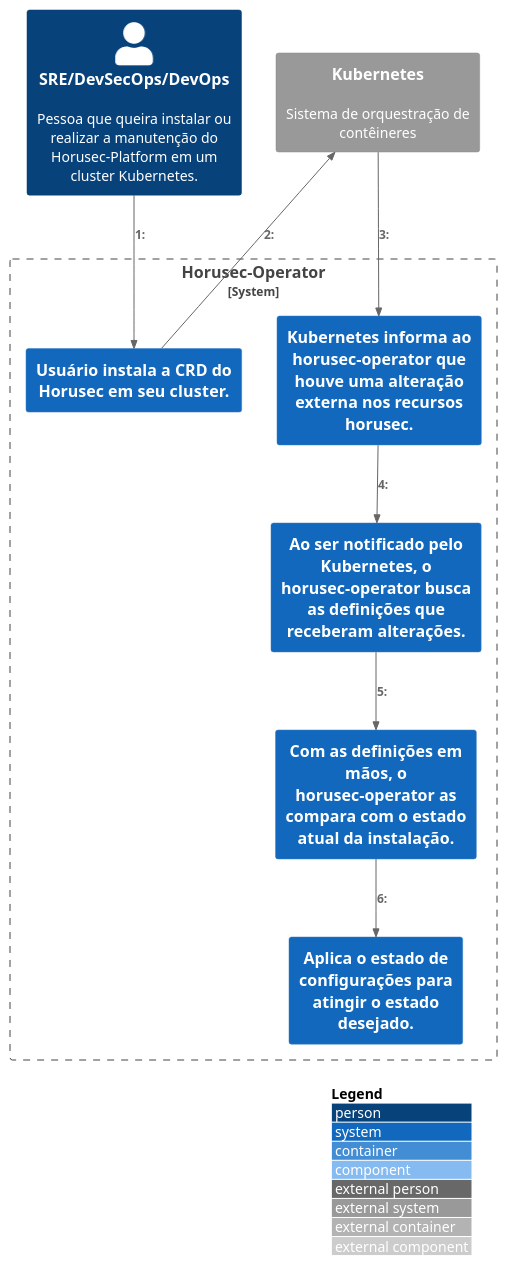
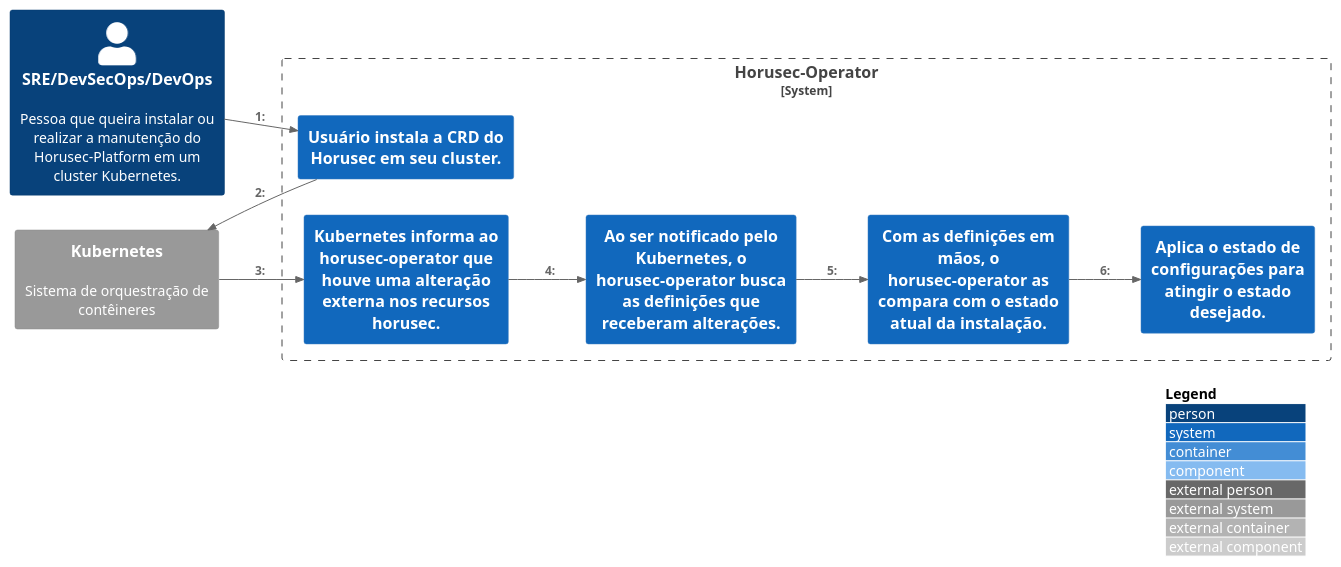
Before and after one commit to ZupIT/horusec-c4model: the diagram in src/C3 - Component/Operator/c3.puml, drawn with PlantUML. The commit also changed 18 other files, not shown here.

```diff
--- a/src/C3 - Component/Operator/c3.puml
+++ b/src/C3 - Component/Operator/c3.puml
@@ -1,29 +1,30 @@
 @startuml horusec-operator-c3
 !include https://raw.githubusercontent.com/adrianvlupu/C4-PlantUML/latest/C4_Context.puml
 !include https://raw.githubusercontent.com/adrianvlupu/C4-PlantUML/latest/C4_Component.puml
 !include https://raw.githubusercontent.com/adrianvlupu/C4-PlantUML/latest/C4_Container.puml
 !include https://raw.githubusercontent.com/adrianvlupu/C4-PlantUML/latest/C4_Deployment.puml
 !include https://raw.githubusercontent.com/adrianvlupu/C4-PlantUML/latest/C4_Dynamic.puml
 
 LAYOUT_WITH_LEGEND()
+LAYOUT_LEFT_RIGHT()
 
 Person(user, "SRE/DevSecOps/DevOps", "Pessoa que queira instalar ou realizar a manutenção do Horusec-Platform em um cluster Kubernetes.")
 
 System_Boundary(horusecOperator, "Horusec-Operator") {
   System(HorusecOperatorPhase0, "Usuário instala a CRD do Horusec em seu cluster.")
   System(HorusecOperatorPhase1, "Kubernetes informa ao horusec-operator que houve uma alteração externa nos recursos horusec.")
   System(HorusecOperatorPhase2, "Ao ser notificado pelo Kubernetes, o horusec-operator busca as definições que receberam alterações.")
   System(HorusecOperatorPhase3, "Com as definições em mãos, o horusec-operator as compara com o estado atual da instalação.")
   System(HorusecOperatorPhase4, "Aplica o estado de configurações para atingir o estado desejado.")
 }
 
 System_Ext(Kubernetes, "Kubernetes", "Sistema de orquestração de contêineres")
 
 Rel(user, HorusecOperatorPhase0, "")
 Rel(HorusecOperatorPhase0, Kubernetes, "")
 Rel(Kubernetes, HorusecOperatorPhase1, "")
 Rel(HorusecOperatorPhase1, HorusecOperatorPhase2, "")
 Rel(HorusecOperatorPhase2, HorusecOperatorPhase3, "")
 Rel(HorusecOperatorPhase3, HorusecOperatorPhase4, "")
 
 @enduml
```
